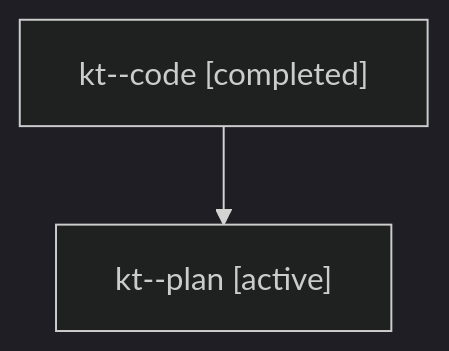
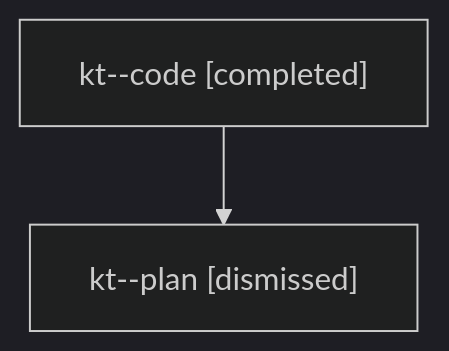
The diagram in sessions/bbugyi200.athena.kt.md (sase-org/sase--agents), drawn with Mermaid (dark theme) before and after one commit. The commit also changed other lines of this file and 50 other files, not shown here.

````diff
--- a/sessions/bbugyi200.athena.kt.md
+++ b/sessions/bbugyi200.athena.kt.md
@@ -9,6 +9,6 @@
 ```mermaid
 flowchart TD
   n0["kt--code [completed]"]
-  n1["kt--plan [active]"]
+  n1["kt--plan [dismissed]"]
   n0 --> n1
 ```
````
